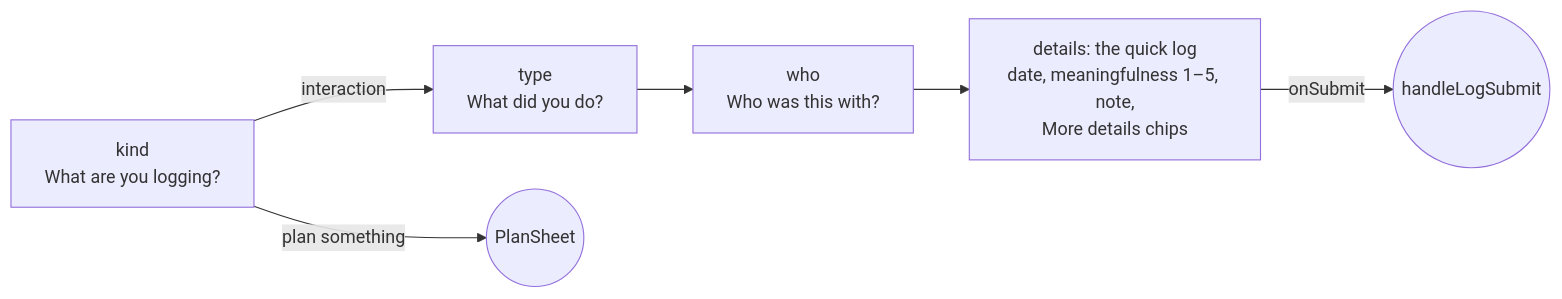
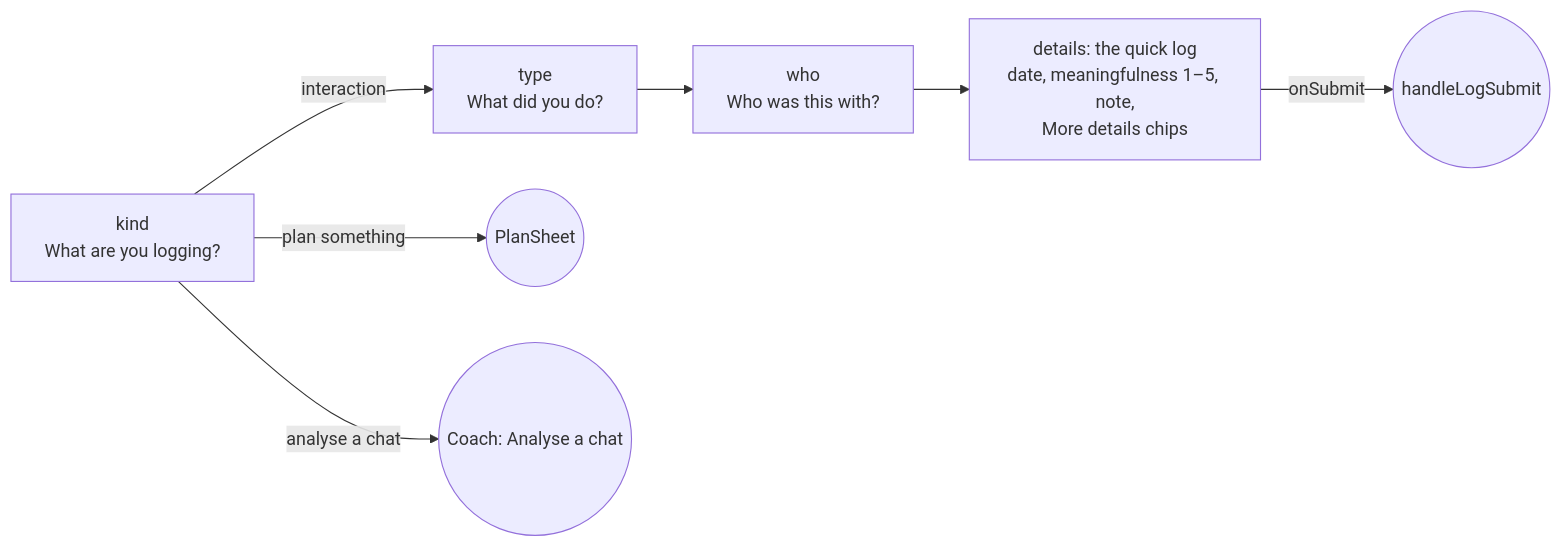
One commit to CastledRuby/layers-app changed the second of 2 diagrams in docs/renderer/app-structure.md. Above: the diagram before and after it, drawn with Mermaid. The commit also changed other lines of this file and 11 other files, not shown here.

First line of the commit message:
Analyse a chat from the + button, Me's name as a title, thorough details

````diff
--- a/docs/renderer/app-structure.md
+++ b/docs/renderer/app-structure.md
@@ -182,8 +182,9 @@
 ```mermaid
 flowchart LR
   kind[kind<br/>What are you logging?] -->|interaction| type[type<br/>What did you do?]
   type --> who[who<br/>Who was this with?]
   who --> details[details: the quick log<br/>date, meaningfulness 1–5, note,<br/>More details chips]
   details -->|onSubmit| done((handleLogSubmit))
   kind -->|plan something| plan((PlanSheet))
+  kind -->|analyse a chat| analyse((Coach: Analyse a chat))
 ```
````
